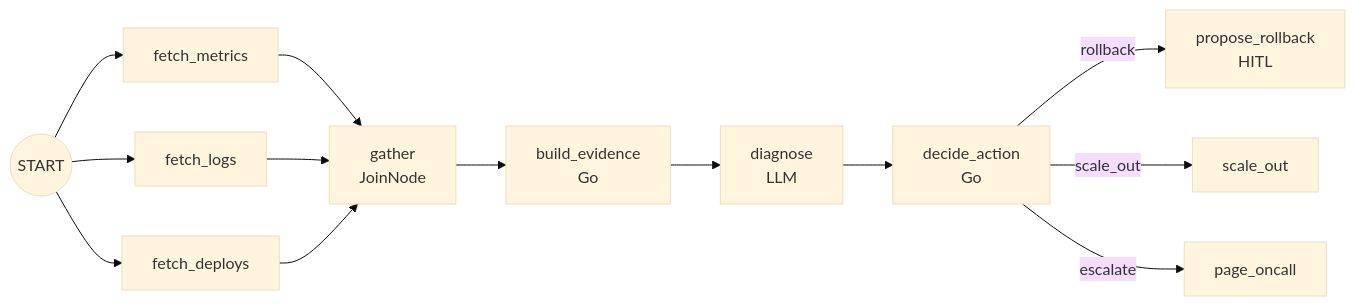
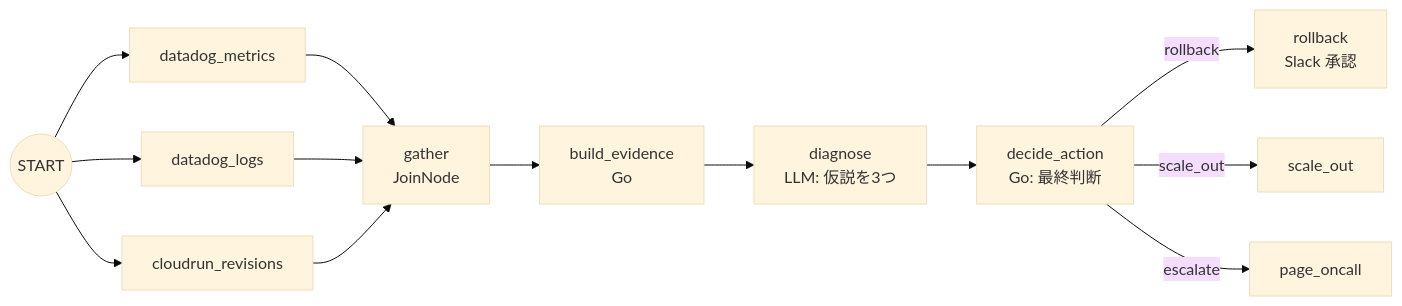
Before and after one commit to jedipunkz/jedipunkz.github.io: the diagram in content/post/adk-go-2.md, drawn with Mermaid (base theme). The commit also changed other lines of this file, not shown here.

First line of the commit message:
post: SRE 応用パートを Datadog / Cloud Run / Slack 構成に書き換え

````diff
--- a/content/post/adk-go-2.md
+++ b/content/post/adk-go-2.md
@@ -442,15 +442,15 @@
 ```mermaid
 flowchart LR
-  S((START)) --> M[fetch_metrics]
-  S --> L[fetch_logs]
-  S --> D[fetch_deploys]
+  S((START)) --> M[datadog_metrics]
+  S --> L[datadog_logs]
+  S --> D[cloudrun_revisions]
   M --> G[gather<br/>JoinNode]
   L --> G
   D --> G
   G --> E[build_evidence<br/>Go]
-  E --> X[diagnose<br/>LLM]
-  X --> C[decide_action<br/>Go]
-  C -->|rollback| R[propose_rollback<br/>HITL]
+  E --> X[diagnose<br/>LLM: 仮説を3つ]
+  X --> C[decide_action<br/>Go: 最終判断]
+  C -->|rollback| R[rollback<br/>Slack 承認]
   C -->|scale_out| SC[scale_out]
   C -->|escalate| P[page_oncall]
 ```
````
